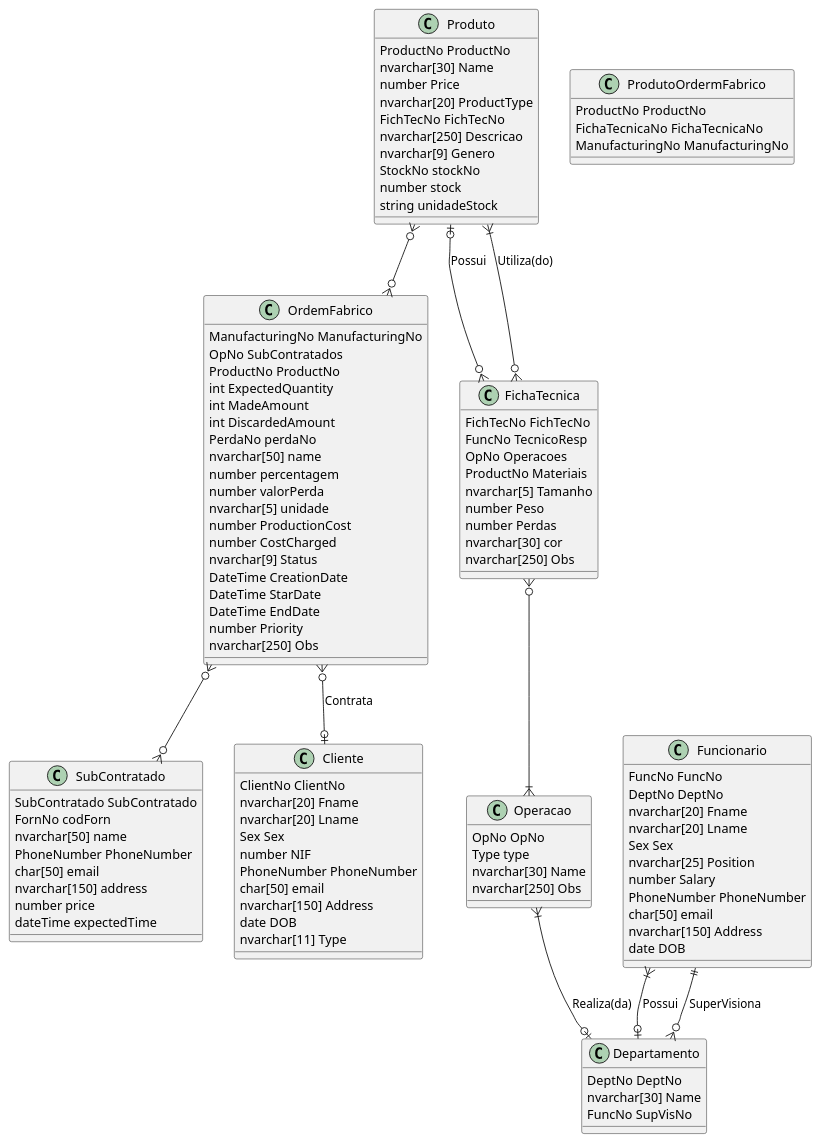
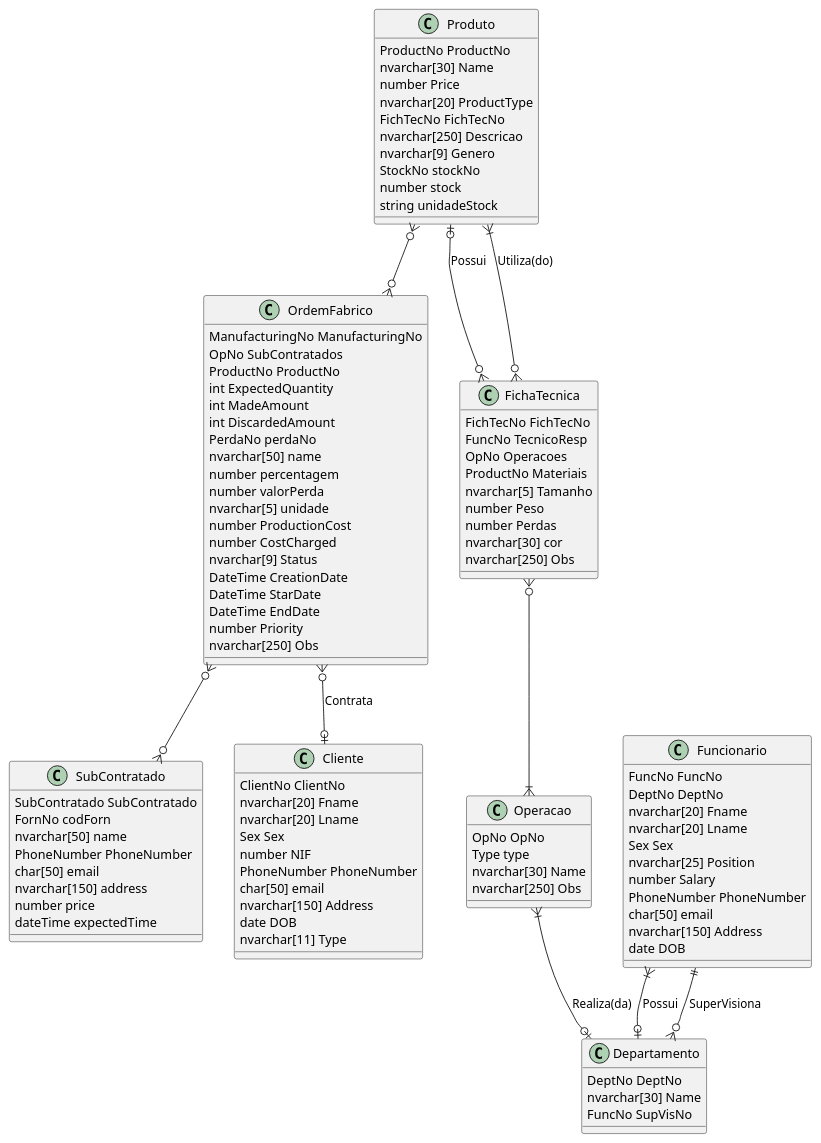
Before and after one commit to Arturito2005/TrabalhoBD: the diagram in TabelasAtributos/Atributos1_2.plantuml, drawn with PlantUML.

```diff
--- a/TabelasAtributos/Atributos1_2.plantuml
+++ b/TabelasAtributos/Atributos1_2.plantuml
@@ -1,197 +1,191 @@
 @startuml tableBD
 
 /'
 Falta SubContratados, SubContratados
 '/
 
 
 /'
 Ainda é o concetual
 '/
 
 
 /'
 Agregações:
 Funcionario com Departamento
 Departamento com OperaçãoInterna
 FichaTecnica com Operacao
 
 Composições:
 Produto com Ordem de fabrico
 Cliente com Ordem de fabrico
 Produto com Ficha Tecnica
 OperacaoSubContratada com Operacao
 OperacaoInterna com Operacao
 '/
 
 /'
 Define os Produto a fabricar,
 Quantidades necessárias
 Prazos de conclusão
 
 int ExpectedQuantity
 int MadeAmount
 int DiscardedAmount (Este 3 atributos diz respeito a quantidade produzida por produto)
 
 '/
 class OrdemFabrico {
     ManufacturingNo ManufacturingNo
     OpNo SubContratados
     ProductNo ProductNo
     int ExpectedQuantity
     int MadeAmount
     int DiscardedAmount
     PerdaNo perdaNo 
     nvarchar[50] name 
     number percentagem 
     number valorPerda
     nvarchar[5] unidade
     number ProductionCost
     number CostCharged
     nvarchar[9] Status 
     DateTime CreationDate
     DateTime StarDate
     DateTime EndDate
     number Priority
     nvarchar[250] Obs
 }   
 
 /'
 O stock é quantidade que tem de produto
 O fornecedor vai ter os campos da tabela e o produto 
 pode ter varios
 
 Talvez haja uma tabela materiais que liga juntamente
 ao produto há tabela operação
 '/
 class Produto {
     ProductNo ProductNo
     nvarchar[30] Name 
     number Price 
     nvarchar[20] ProductType
     FichTecNo FichTecNo
     nvarchar[250] Descricao
     nvarchar[9] Genero
     StockNo stockNo
     number stock 
     string unidadeStock
-}
-
-class ProdutoOrdermFabrico {
-    ProductNo ProductNo 
-    FichaTecnicaNo FichaTecnicaNo
-    ManufacturingNo ManufacturingNo
 }
 
 /'
 Conjunto de operações necessarias para a produção
 de um produto
 '/
 class FichaTecnica {
     FichTecNo FichTecNo
     FuncNo TecnicoResp 
     OpNo Operacoes
     ProductNo Materiais
     nvarchar[5] Tamanho
     number Peso
     number Perdas
     nvarchar[30] cor
     nvarchar[250] Obs
 }
 
 /'
 Parceiro externo que pode desenvolver uma operação
 Ver se apenas um subContratado pode fazer uma e so uma operação
 '/
 class Operacao {
     OpNo OpNo 
     Type type 
     nvarchar[30] Name 
     nvarchar[250] Obs
 }
 
 /'
 ExpectedTime, acho que é o unico que não é preciso
 '/
 class SubContratado {
     SubContratado SubContratado
     FornNo codForn 
     nvarchar[50] name
     PhoneNumber PhoneNumber
     char[50] email
     nvarchar[150] address
     number price 
     dateTime expectedTime 
 }
 
 
 /'Extras se quissermos complicar'/
 
 /'Setor da fabrica responsável por uma determinada
 operacao'/
 class Departamento {
     DeptNo DeptNo 
     nvarchar[30] Name
     FuncNo SupVisNo 
 }
 
 /'
 Funcionario da fabrica, que faz parte de um setor
 '/
 class Funcionario {
     FuncNo FuncNo
     DeptNo DeptNo 
     nvarchar[20] Fname
     nvarchar[20] Lname
     Sex Sex
     nvarchar[25] Position
     number Salary
     PhoneNumber PhoneNumber 
     char[50] email
     nvarchar[150] Address
     date DOB
 }
 
 class Cliente {
     ClientNo ClientNo
     nvarchar[20] Fname
     nvarchar[20] Lname
     Sex Sex
     number NIF 
     PhoneNumber PhoneNumber 
     char[50] email
     nvarchar[150] Address 
     date DOB 
     nvarchar[11] Type  
 }
 
 /'
 Relacionamento dos Funcionarios
 '/
 Funcionario }|--o| Departamento: Possui
 Funcionario ||--o{ Departamento: SuperVisiona 
 
 /'
 Relacionamento das Operacoes Interna
 '/
 Operacao }|--o| Departamento: Realiza(da)
 
 /'
 Relacionamento Ficha Tecnica
 '/
 FichaTecnica }o--|{ Operacao
 FichaTecnica }o--|{ Produto: Utiliza(do)
 
 /'
 Relacionamentos do Produto
 '/
 Produto |o--o{ FichaTecnica: Possui
 Produto }o--o{ OrdemFabrico
 
 /'
 Relacionamento Ordem Fabrico
 '/
 OrdemFabrico }o--o| Cliente: Contrata
 OrdemFabrico }o--o{ SubContratado
 
 @enduml
```
